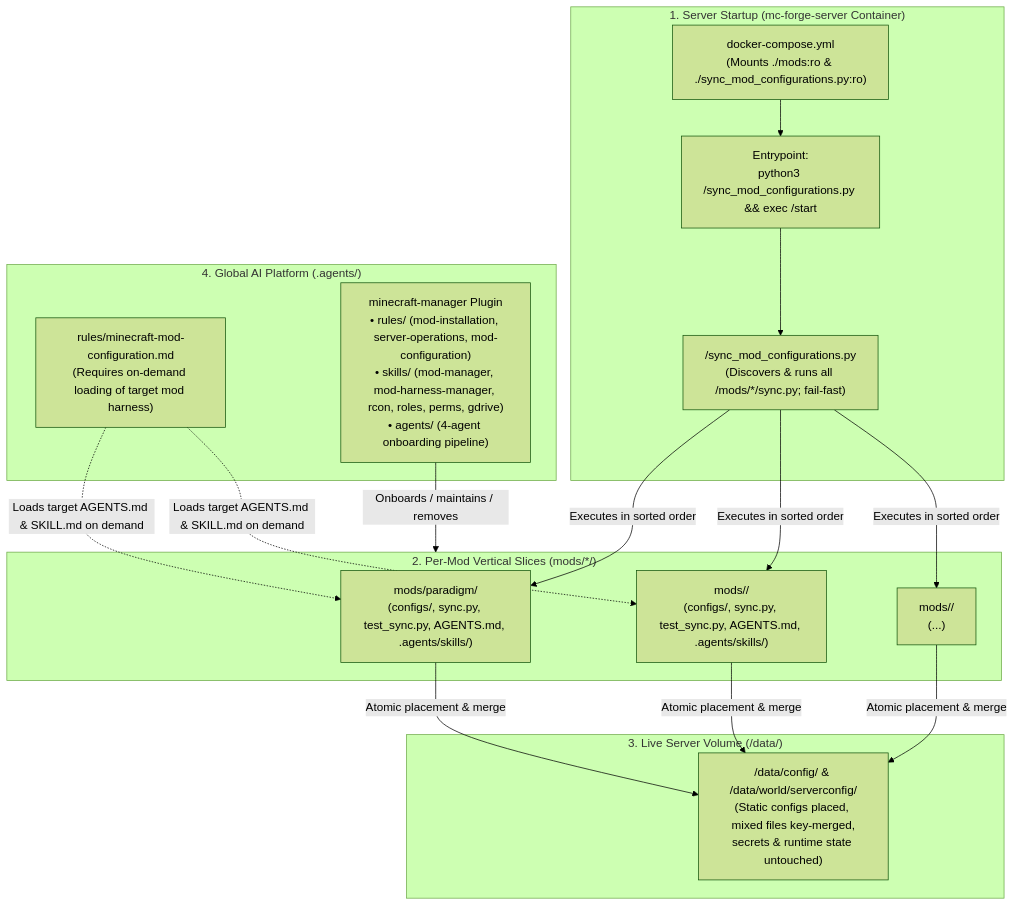
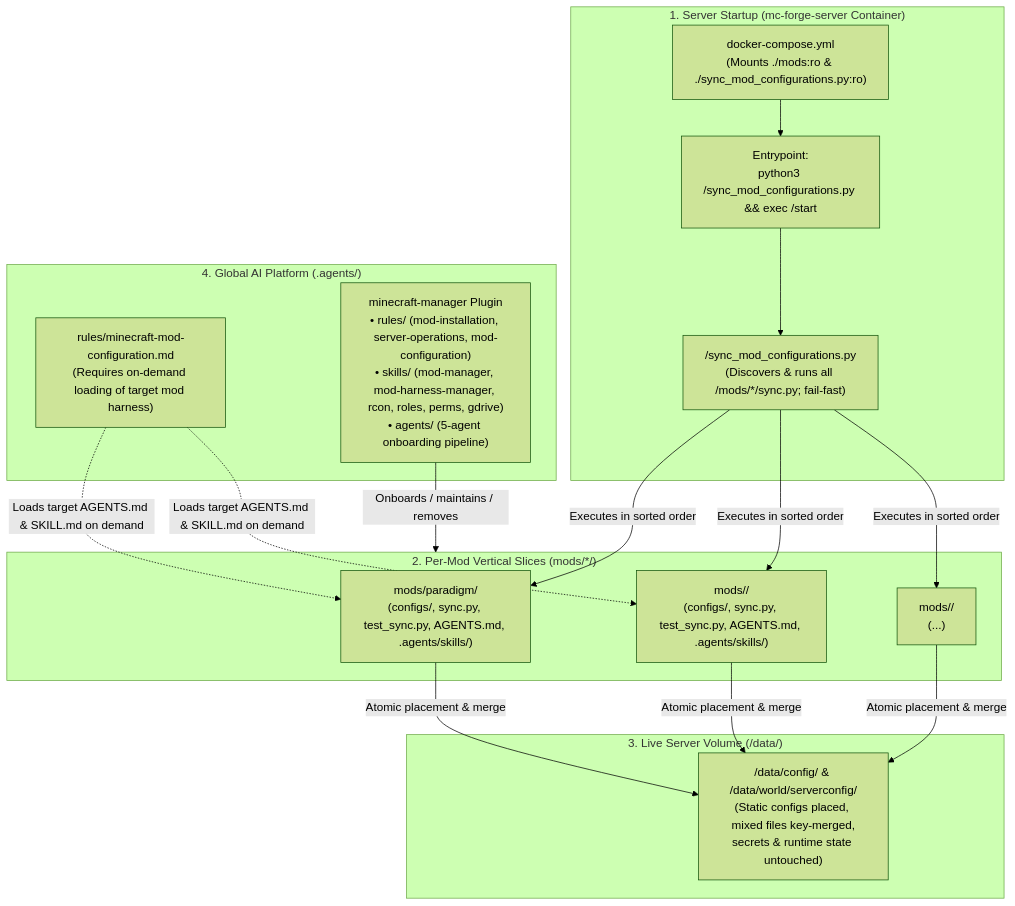
Before and after one commit to intelligentRaji/minecraft-server: the diagram in docs/dev/minecraft_mod_harness_config_tdd.md, drawn with Mermaid (forest theme). The commit also changed other lines of this file and 5 other files, not shown here.

Commit message:
feat(agents): add mod-bridge-reviewer and split Layer 1/2 audits

````diff
--- a/docs/dev/minecraft_mod_harness_config_tdd.md
+++ b/docs/dev/minecraft_mod_harness_config_tdd.md
@@ -28,36 +28,36 @@
 ```mermaid
 flowchart TD
     subgraph ContainerBoot["1. Server Startup (mc-forge-server Container)"]
         Compose["docker-compose.yml\n(Mounts ./mods:ro & ./sync_mod_configurations.py:ro)"]
         Entrypoint["Entrypoint:\npython3 /sync_mod_configurations.py && exec /start"]
         RootSync["/sync_mod_configurations.py\n(Discovers & runs all /mods/*/sync.py; fail-fast)"]
         Compose --> Entrypoint --> RootSync
     end
 
     subgraph ModSlices["2. Per-Mod Vertical Slices (mods/*/)"]
         ModA["mods/paradigm/\n(configs/, sync.py, test_sync.py, AGENTS.md, .agents/skills/)"]
         ModB["mods/<mod-b>/\n(configs/, sync.py, test_sync.py, AGENTS.md, .agents/skills/)"]
         ModN["mods/<mod-n>/\n(...)"]
     end
 
     subgraph RuntimeVolume["3. Live Server Volume (/data/)"]
         DataDir["/data/config/ & /data/world/serverconfig/\n(Static configs placed, mixed files key-merged,\nsecrets & runtime state untouched)"]
     end
 
     subgraph GlobalAI["4. Global AI Platform (.agents/)"]
         ModConfigRule["rules/minecraft-mod-configuration.md\n(Requires on-demand loading of target mod harness)"]
-        Plugin["minecraft-manager Plugin\n• rules/ (mod-installation, server-operations, mod-configuration)\n• skills/ (mod-manager, mod-harness-manager, rcon, roles, perms, gdrive)\n• agents/ (4-agent onboarding pipeline)"]
+        Plugin["minecraft-manager Plugin\n• rules/ (mod-installation, server-operations, mod-configuration)\n• skills/ (mod-manager, mod-harness-manager, rcon, roles, perms, gdrive)\n• agents/ (5-agent onboarding pipeline)"]
     end
 
     RootSync -->|"Executes in sorted order"| ModA
     RootSync -->|"Executes in sorted order"| ModB
     RootSync -->|"Executes in sorted order"| ModN
 
     ModA -->|"Atomic placement & merge"| DataDir
     ModB -->|"Atomic placement & merge"| DataDir
     ModN -->|"Atomic placement & merge"| DataDir
 
     ModConfigRule -.->|"Loads target AGENTS.md & SKILL.md on demand"| ModA
     ModConfigRule -.->|"Loads target AGENTS.md & SKILL.md on demand"| ModB
     Plugin -->|"Onboards / maintains / removes"| ModSlices
 ```
````
